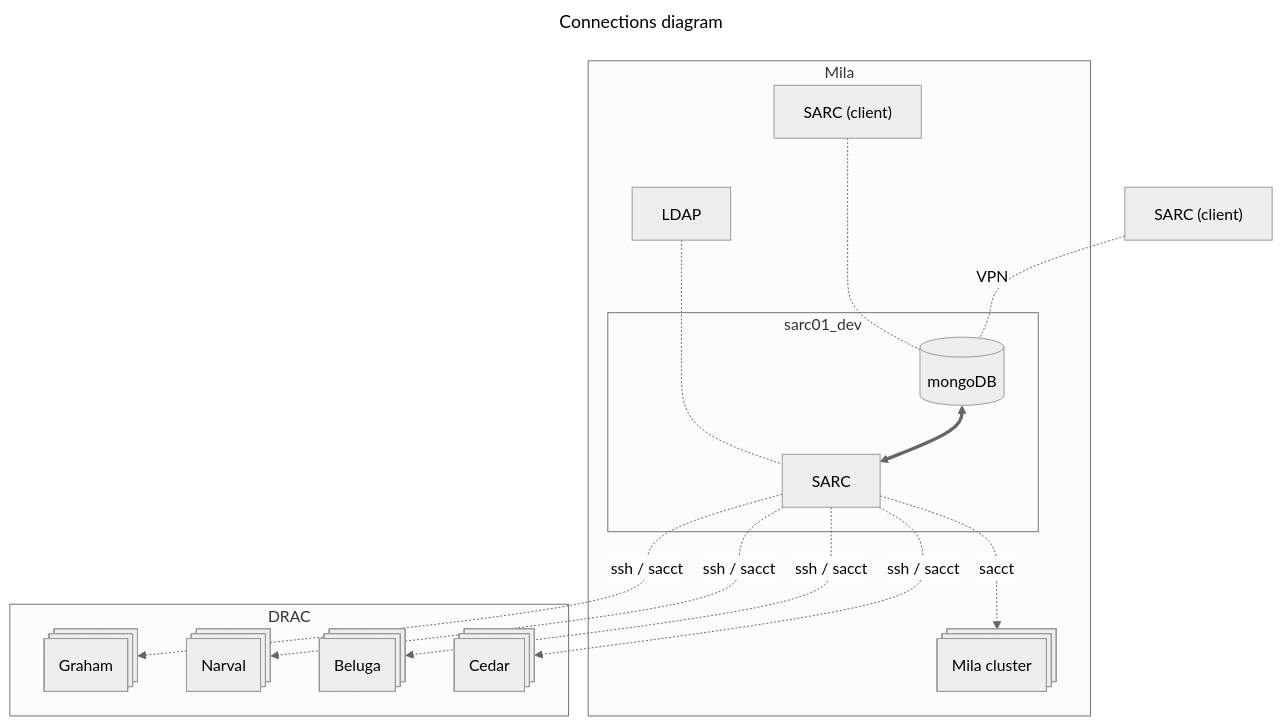
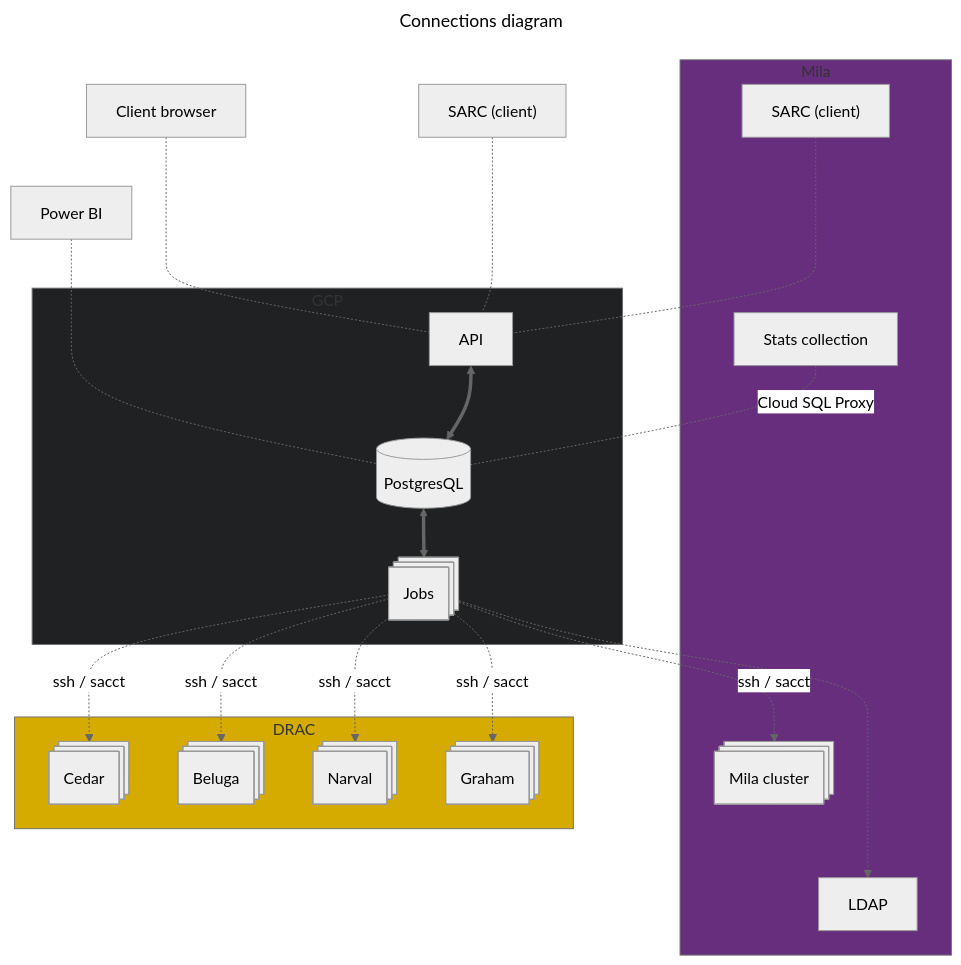
Before and after one commit to mila-iqia/SARC: the diagram in docs/dev_overview/connections_diagram.md, drawn with Mermaid (neutral theme). The commit also changed other lines of this file and 15 other files, not shown here.

````diff
--- a/docs/dev_overview/connections_diagram.md
+++ b/docs/dev_overview/connections_diagram.md
@@ -3,40 +3,50 @@
-```mermaid
+```{mermaid}
 ---
 title: Connections diagram
 ---
 flowchart TB
 	subgraph Mila
 		%% direction BT
-		subgraph sarc01_dev
-		 	%% direction LR
-			mongodb[(mongoDB)]
-			sarc["SARC"]
-		end
 		cluster_mila@{shape: procs, label: "Mila cluster"}
     client1["SARC (client)"]
-	ldap[LDAP]
+    idt["Stats collection"]
+	  ldap[LDAP]
+	end
 
+	subgraph GCP
+		DB[(PostgresQL)]
+		sarc@{shape: procs, label: "Jobs"}
+		api["API"]
 	end
 
 	subgraph DRAC
 		cluster_cedar@{shape: procs, label: "Cedar"}
 		cluster_beluga@{shape: procs, label: "Beluga"}
 		cluster_narval@{shape: procs, label: "Narval"}
 		cluster_graham@{shape: procs, label: "Graham"}
 	end
 
-	mongodb <==> sarc  
-	ldap -..- sarc
-    sarc-.sacct.->cluster_mila
+  style Mila fill:#662e7d
+  style DRAC fill:#d6ab00
+  style GCP fill:#1f2123
 
-    sarc-.ssh / sacct.->cluster_cedar
-    sarc-.ssh / sacct.->cluster_beluga
-    sarc-.ssh / sacct.->cluster_narval
-    sarc-.ssh / sacct.->cluster_graham
+	DB <==> sarc
+	api <==> DB
+	sarc -..-> ldap
 
-    client2["SARC (client)"]
+  sarc-.ssh / sacct.->cluster_mila
+  sarc-.ssh / sacct.->cluster_cedar
+  sarc-.ssh / sacct.->cluster_beluga
+  sarc-.ssh / sacct.->cluster_narval
+  sarc-.ssh / sacct.->cluster_graham
 
-	client1-..-mongodb
-	client2-.VPN.-mongodb
-	%% Mila ~~~ DRAC
+  pbi["Power BI"]
+  client2["SARC (client)"]
+  browser["Client browser"]
+
+	client1-..-api
+	client2-..-api
+	browser-..-api
+	pbi-..-DB
+	idt-.Cloud SQL Proxy.-DB
 ```
````
